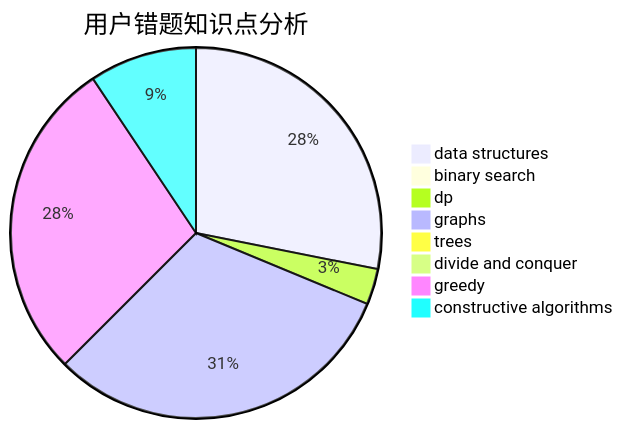
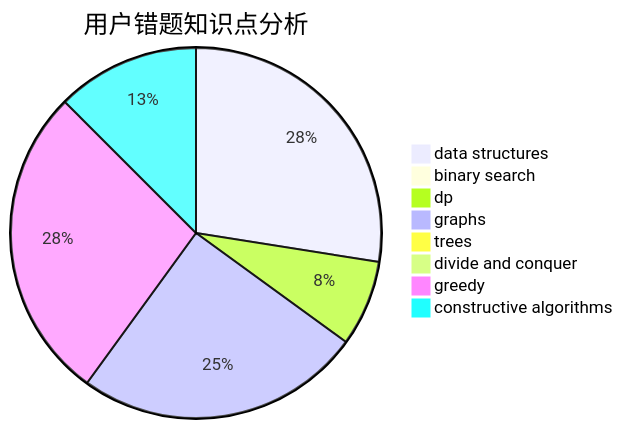
One commit to sherpahu/cfrs.github.io changed the third of 3 diagrams in docs/user/u1886.md. Above: the diagram before and after it, drawn with Mermaid. The commit also changed other lines of this file and 2770 other files, not shown here.

````diff
--- a/docs/user/u1886.md
+++ b/docs/user/u1886.md
@@ -36,11 +36,11 @@
 ```mermaid
 pie title 用户错题知识点分析
-    "data structures" :  9
+    "data structures" :  11
     "binary search" :  0
-    "dp" :  1
+    "dp" :  3
     "graphs" :  10
     "trees" :  0
     "divide and conquer" :  0
-    "greedy" :  9
-    "constructive algorithms" :  3
+    "greedy" :  11
+    "constructive algorithms" :  5
 ```
````
